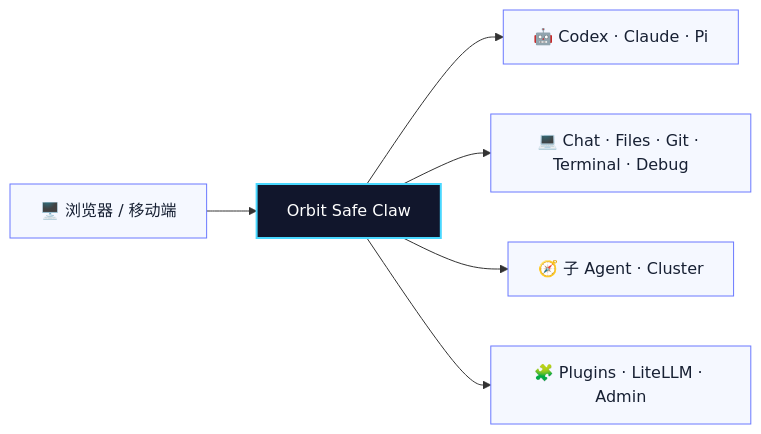
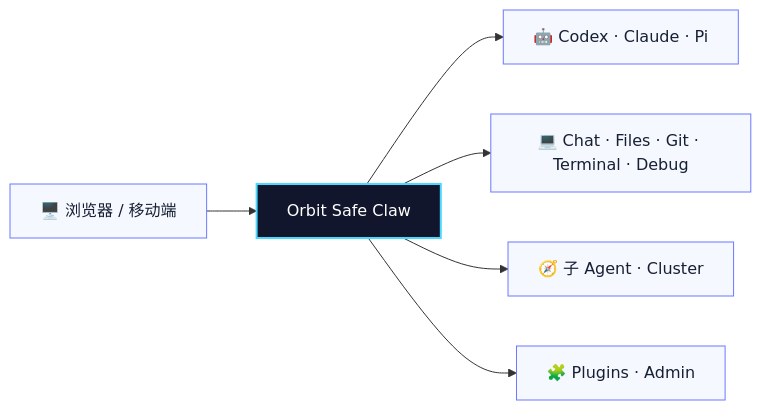
One commit to Augustusjk2008/telegram-cli-bot changed the diagram in README.md. Above: the diagram before and after it, drawn with Mermaid. The commit also changed other lines of this file and 26 other files, not shown here.

First line of the commit message:
refactor(网关): 移除 LiteLLM Transfer 转发功能及相关配置

````diff
--- a/README.md
+++ b/README.md
@@ -41,13 +41,13 @@
 ```mermaid
 flowchart LR
     Browser["🖥️ 浏览器 / 移动端"] --> Orbit["Orbit Safe Claw"]
     Orbit --> Agents["🤖 Codex · Claude · Pi"]
     Orbit --> Workbench["💻 Chat · Files · Git · Terminal · Debug"]
     Orbit --> Cluster["🧭 子 Agent · Cluster"]
-    Orbit --> Extend["🧩 Plugins · LiteLLM · Admin"]
+    Orbit --> Extend["🧩 Plugins · Admin"]
 
     classDef orbit fill:#11162c,stroke:#49d8ff,color:#ffffff,stroke-width:2px;
     classDef node fill:#f5f8ff,stroke:#6a79ff,color:#172033;
     class Orbit orbit;
     class Browser,Agents,Workbench,Cluster,Extend node;
 ```
````
